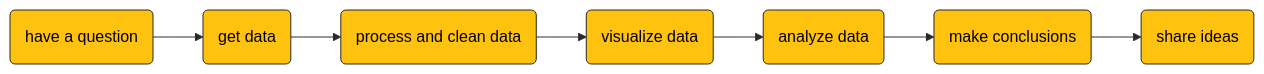
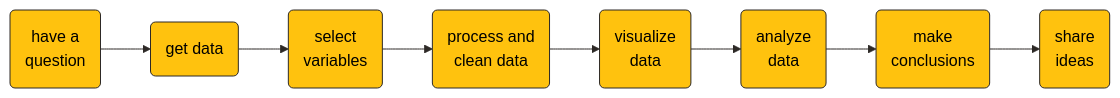
The diagram in quantitative-data-analysis.qmd (agrogan1/globalfamilies), drawn with Mermaid before and after one commit. The commit also changed 39 other files, not shown here.

Commit message:
update diagrams with '<br>'

````diff
--- a/quantitative-data-analysis.qmd
+++ b/quantitative-data-analysis.qmd
@@ -7,27 +7,28 @@
 ```{mermaid}
 %%| fig-width: 7
 %%{
   init: {
     'theme': 'base',
     'themeVariables': {
       'primaryColor': '#FFC20E',
       'primaryTextColor': '#000000',
       'primaryBorderColor': '#2D2926',
       'lineColor': '#2D2926',
       'secondaryColor': '#2D2926',
       'secondaryTextColor': '#000000',
       'tertiaryColor': '#F2F2F2',
       'tertiaryBorderColor': '#2D2926'
     }
   }
 }%%
 
 flowchart LR
-  A(have a question) --> B(get data)
-  B --> C(process and clean data) 
-  C --> D(visualize data)
-  D --> E(analyze data)
-  E --> F(make conclusions)
-  F --> G(share ideas)
+  A(have a <br>question) --> B(get data)
+  B --> B2(select <br>variables)
+  B2 --> C(process and <br>clean data) 
+  C --> D(visualize <br>data)
+  D --> E(analyze <br>data)
+  E --> F(make <br>conclusions)
+  F --> G(share <br>ideas)
   
 ```
````
